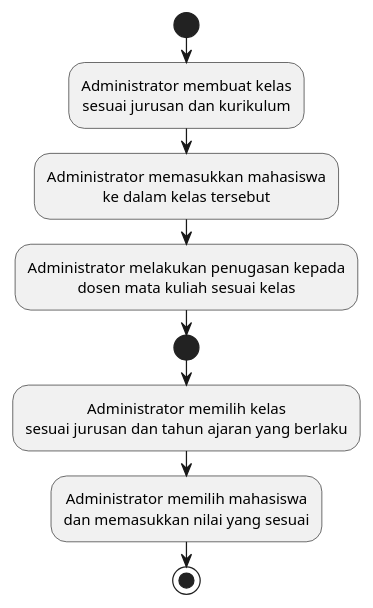
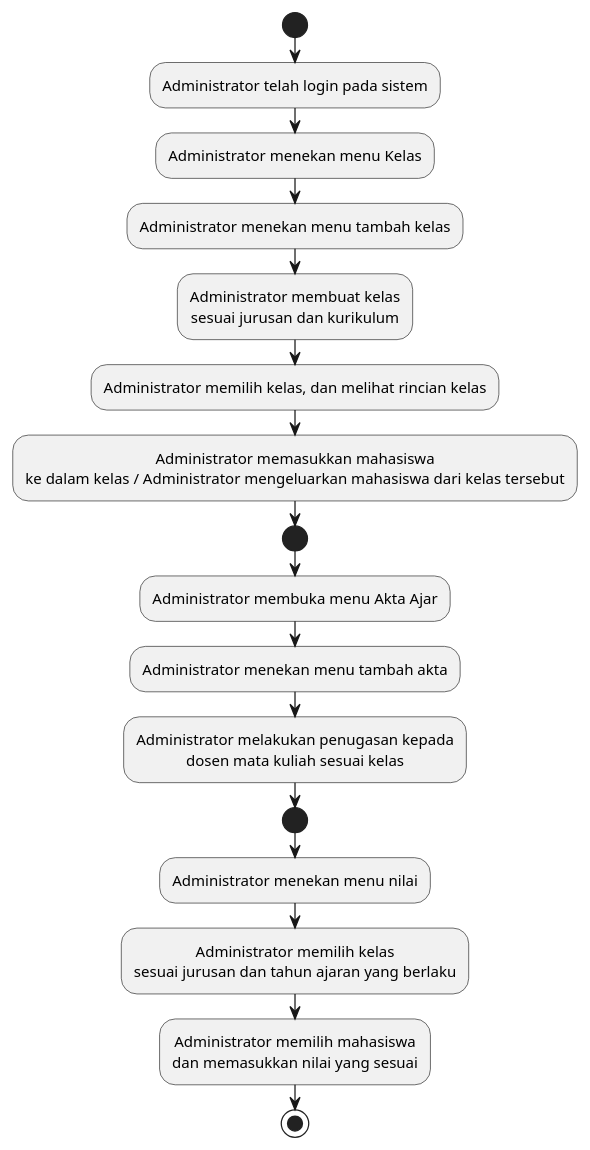
One commit to dhymasriyanto/shamy changed the diagram in UML/Activity Diagram Sistem Baru.puml. Above: the diagram before and after it, drawn with PlantUML. The commit also changed 26 other files, not shown here.

```diff
--- a/UML/Activity Diagram Sistem Baru.puml
+++ b/UML/Activity Diagram Sistem Baru.puml
@@ -1,18 +1,26 @@
 @startuml activity_diagram_sistem_baru
 skinparam defaultTextAlignment center
 
 start
+:Administrator telah login pada sistem;
+:Administrator menekan menu Kelas;
+:Administrator menekan menu tambah kelas;
 :Administrator membuat kelas
 sesuai jurusan dan kurikulum;
+:Administrator memilih kelas, dan melihat rincian kelas;
 :Administrator memasukkan mahasiswa
-ke dalam kelas tersebut;
+ke dalam kelas / Administrator mengeluarkan mahasiswa dari kelas tersebut;
+start
+:Administrator membuka menu Akta Ajar;
+:Administrator menekan menu tambah akta;
 :Administrator melakukan penugasan kepada
 dosen mata kuliah sesuai kelas;
 start
+:Administrator menekan menu nilai;
 :Administrator memilih kelas
 sesuai jurusan dan tahun ajaran yang berlaku;
 :Administrator memilih mahasiswa
 dan memasukkan nilai yang sesuai;
 stop
 
 @enduml
```
